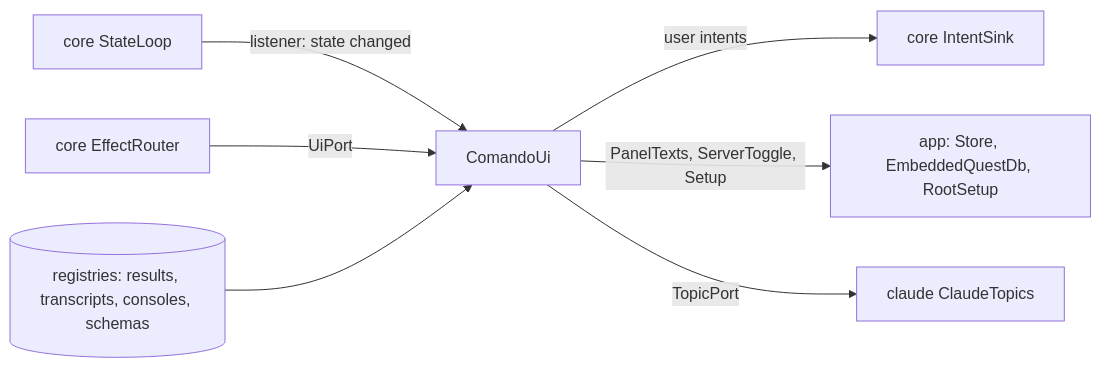
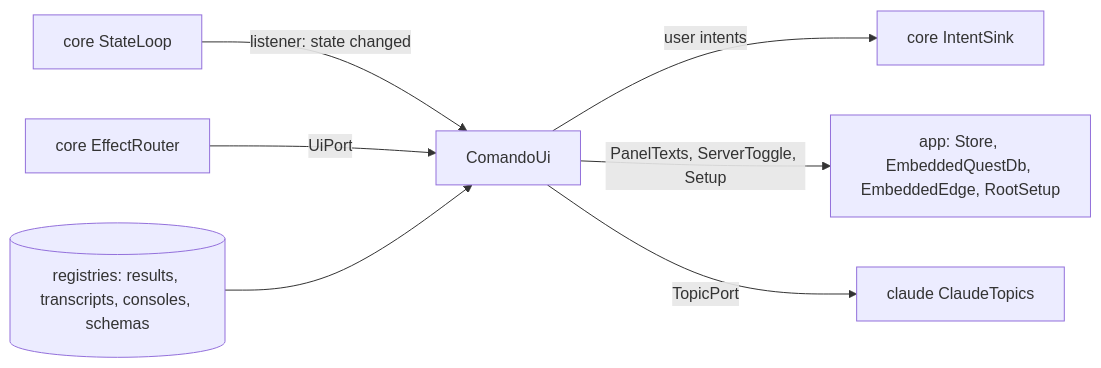
Before and after one commit to marregui/comando: the diagram in ui/README.md, drawn with Mermaid. The commit also changed other lines of this file and 70 other files, not shown here.

Commit message:
Instances: names, the comando Edge, consults over MQTT, agent action parity; Edge and QuestDB logs in Help; live log panels; files to read take the whole height

````diff
--- a/ui/README.md
+++ b/ui/README.md
@@ -50,9 +50,9 @@
 ```mermaid
 flowchart LR
   LOOP["core StateLoop"] -->|"listener: state changed"| CU["ComandoUi"]
   ER["core EffectRouter"] -->|"UiPort"| CU
   CU -->|"user intents"| SINK["core IntentSink"]
   REG[("registries: results, transcripts, consoles, schemas")] --> CU
-  CU -->|"PanelTexts, ServerToggle, Setup"| APP["app: Store, EmbeddedQuestDb, RootSetup"]
+  CU -->|"PanelTexts, ServerToggle, Setup"| APP["app: Store, EmbeddedQuestDb, EmbeddedEdge, RootSetup"]
   CU -->|"TopicPort"| TOP["claude ClaudeTopics"]
 ```
````
